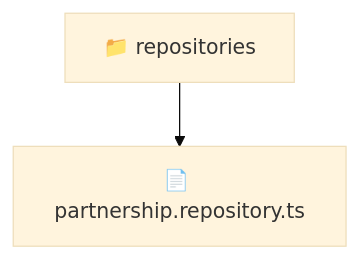
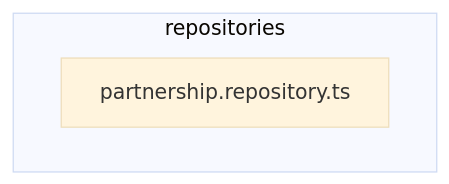
One commit to beginwebdev2002/fullstack-mavluda changed the diagram in backend/src/modules/partnership/infrastructure/repositories/README.md. Above: the diagram before and after it, drawn with Mermaid (base theme). The commit also changed other lines of this file and 163 other files, not shown here.

````diff
--- a/backend/src/modules/partnership/infrastructure/repositories/README.md
+++ b/backend/src/modules/partnership/infrastructure/repositories/README.md
@@ -9,5 +15,6 @@
 ```mermaid
 graph TD
-  Root["📁 repositories"]
-  Root --> partnership_repository_ts["📄 partnership.repository.ts"]
+  subgraph repositories
+    partnership_repository_ts["partnership.repository.ts"]
+  end
 ```
````
